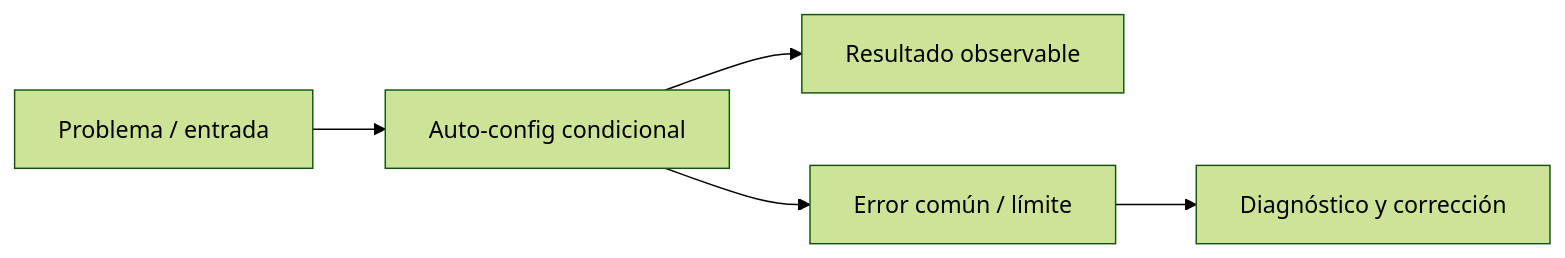
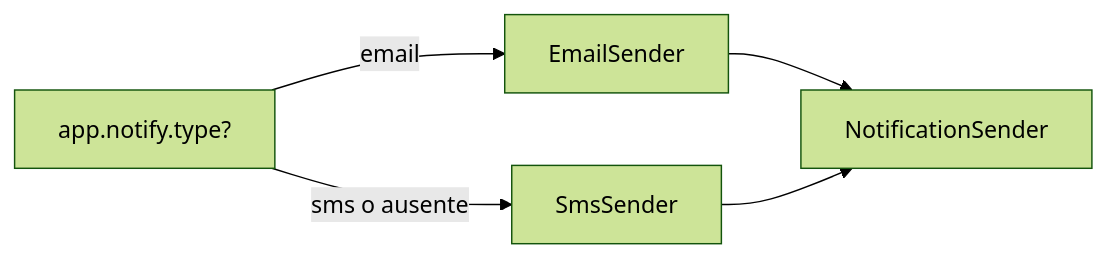
Before and after one commit to NICORUIZ93/The_Imperial_Book: the diagram in docs/cursos/springboot-microservicios-desde-cero/fichas/m01-l06-auto-config-condicional.md, drawn with Mermaid (forest theme). The commit also changed other lines of this file and 119 other files, not shown here.

````diff
--- a/docs/cursos/springboot-microservicios-desde-cero/fichas/m01-l06-auto-config-condicional.md
+++ b/docs/cursos/springboot-microservicios-desde-cero/fichas/m01-l06-auto-config-condicional.md
@@ -19,7 +27,7 @@
 ```mermaid
 flowchart LR
-  A[Problema / entrada] --> B[Auto-config condicional]
-  B --> C[Resultado observable]
-  B --> D[Error común / límite]
-  D --> E[Diagnóstico y corrección]
+  P[app.notify.type?] -->|email| E[EmailSender]
+  P -->|sms o ausente| S[SmsSender]
+  E --> I[NotificationSender]
+  S --> I
 ```
````
